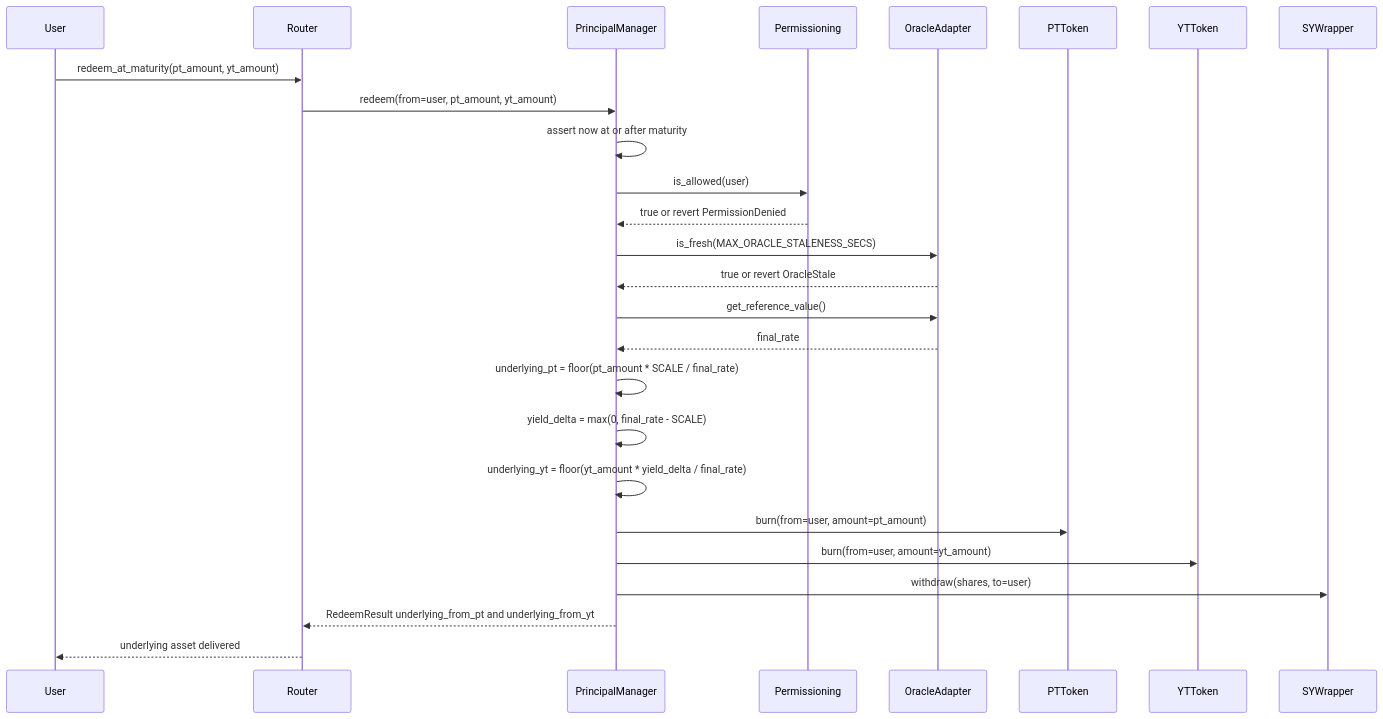
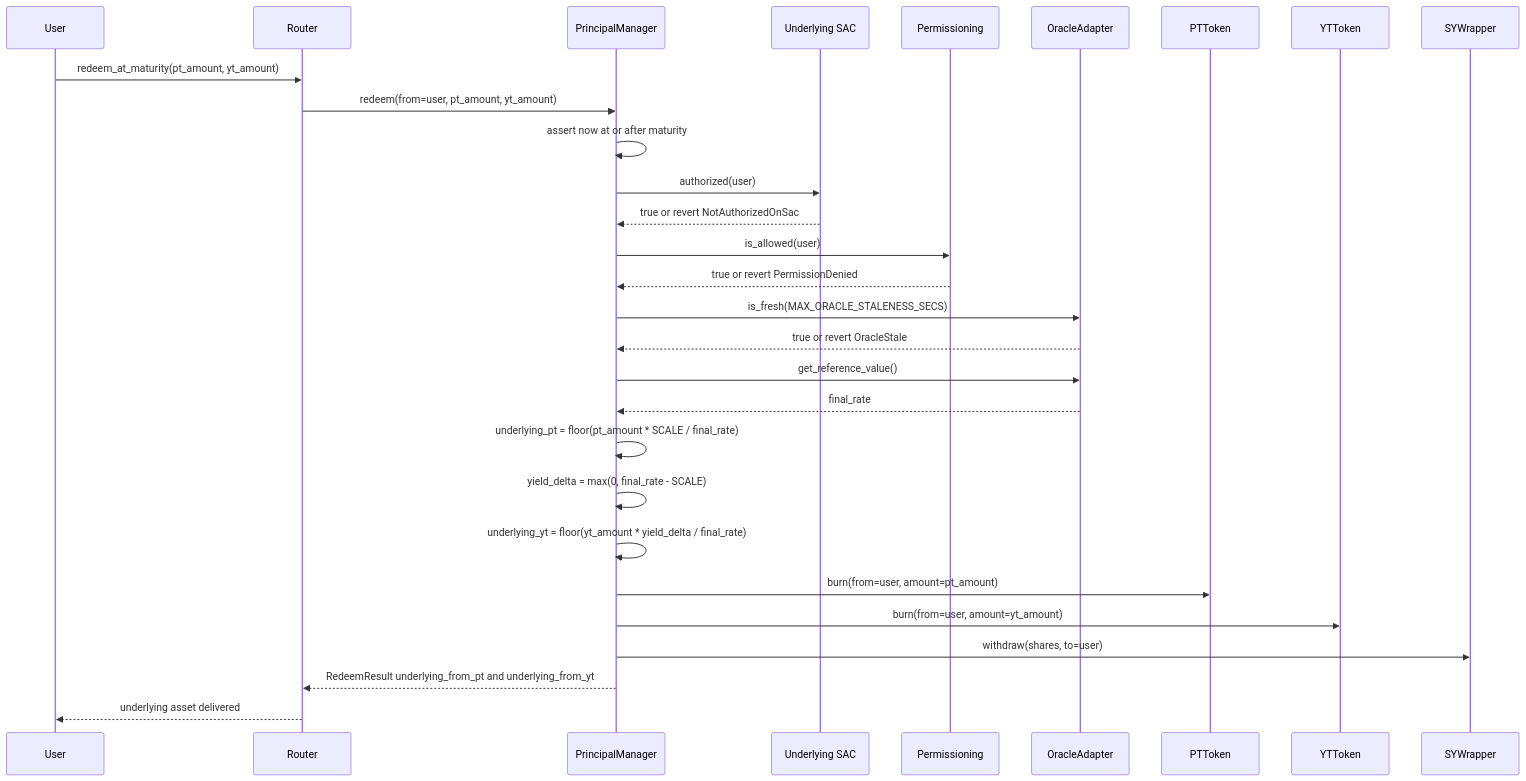
Before and after one commit to principal-Protocol-org/principal: the fifth of 9 diagrams in ARCHITECTURE.md, drawn with Mermaid. The commit also changed other lines of this file and 7 other files, not shown here.

````diff
--- a/ARCHITECTURE.md
+++ b/ARCHITECTURE.md
@@ -217,29 +237,32 @@
 ```mermaid
 sequenceDiagram
     participant U as User
     participant RT as Router
     participant PM as PrincipalManager
+    participant UND as Underlying SAC
     participant PERM as Permissioning
     participant OA as OracleAdapter
     participant PT as PTToken
     participant YT as YTToken
     participant SYW as SYWrapper
 
     U->>RT: redeem_at_maturity(pt_amount, yt_amount)
     RT->>PM: redeem(from=user, pt_amount, yt_amount)
     PM->>PM: assert now at or after maturity
+    PM->>UND: authorized(user)
+    UND-->>PM: true or revert NotAuthorizedOnSac
     PM->>PERM: is_allowed(user)
     PERM-->>PM: true or revert PermissionDenied
     PM->>OA: is_fresh(MAX_ORACLE_STALENESS_SECS)
     OA-->>PM: true or revert OracleStale
     PM->>OA: get_reference_value()
     OA-->>PM: final_rate
     PM->>PM: underlying_pt = floor(pt_amount * SCALE / final_rate)
     PM->>PM: yield_delta  = max(0, final_rate - SCALE)
     PM->>PM: underlying_yt = floor(yt_amount * yield_delta / final_rate)
     PM->>PT: burn(from=user, amount=pt_amount)
     PM->>YT: burn(from=user, amount=yt_amount)
     PM->>SYW: withdraw(shares, to=user)
     PM-->>RT: RedeemResult underlying_from_pt and underlying_from_yt
     RT-->>U: underlying asset delivered
 ```
````
